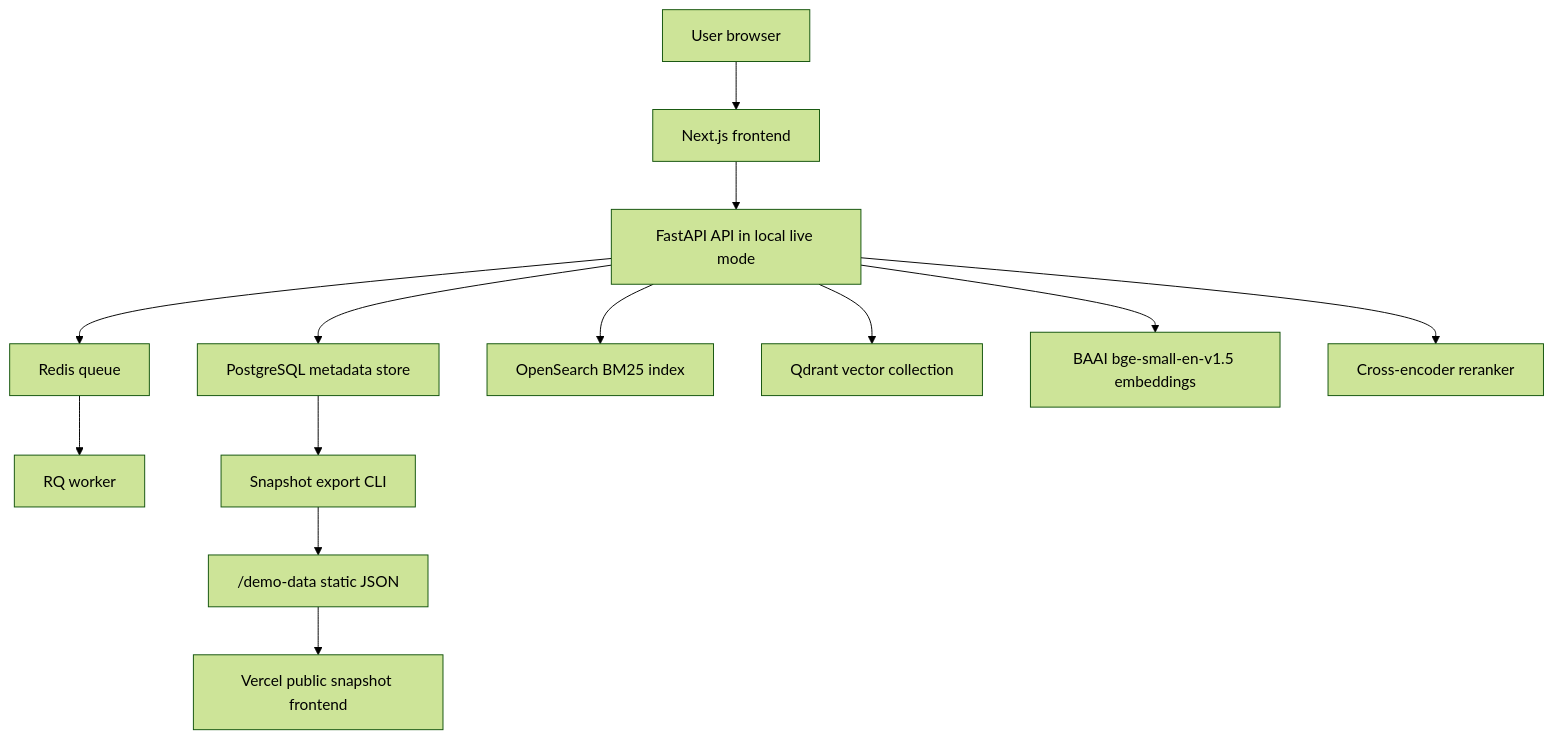
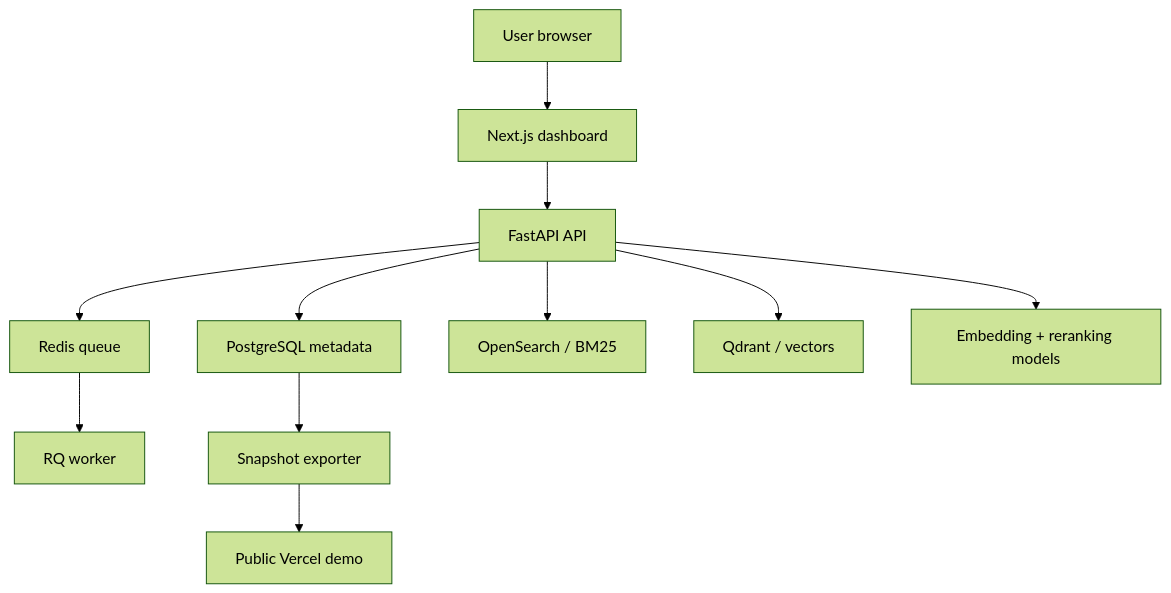
One commit to YuvrajKashyap/aletheia changed the diagram in README.md. Above: the diagram before and after it, drawn with Mermaid (forest theme). The commit also changed other lines of this file, not shown here.

````diff
--- a/README.md
+++ b/README.md
@@ -41,15 +43,13 @@
 ```mermaid
 flowchart TD
-  User["User browser"] --> Web["Next.js frontend"]
-  Web --> API["FastAPI API in local live mode"]
-  API --> Postgres["PostgreSQL metadata store"]
+  User["User browser"] --> Web["Next.js dashboard"]
+  Web --> API["FastAPI API"]
+  API --> Postgres["PostgreSQL metadata"]
   API --> Redis["Redis queue"]
   Redis --> Worker["RQ worker"]
-  API --> OpenSearch["OpenSearch BM25 index"]
-  API --> Qdrant["Qdrant vector collection"]
-  API --> Embed["BAAI bge-small-en-v1.5 embeddings"]
-  API --> Rerank["Cross-encoder reranker"]
-  Postgres --> Export["Snapshot export CLI"]
-  Export --> DemoData["/demo-data static JSON"]
-  DemoData --> Vercel["Vercel public snapshot frontend"]
+  API --> OpenSearch["OpenSearch / BM25"]
+  API --> Qdrant["Qdrant / vectors"]
+  API --> Models["Embedding + reranking models"]
+  Postgres --> Export["Snapshot exporter"]
+  Export --> Demo["Public Vercel demo"]
 ```
````
